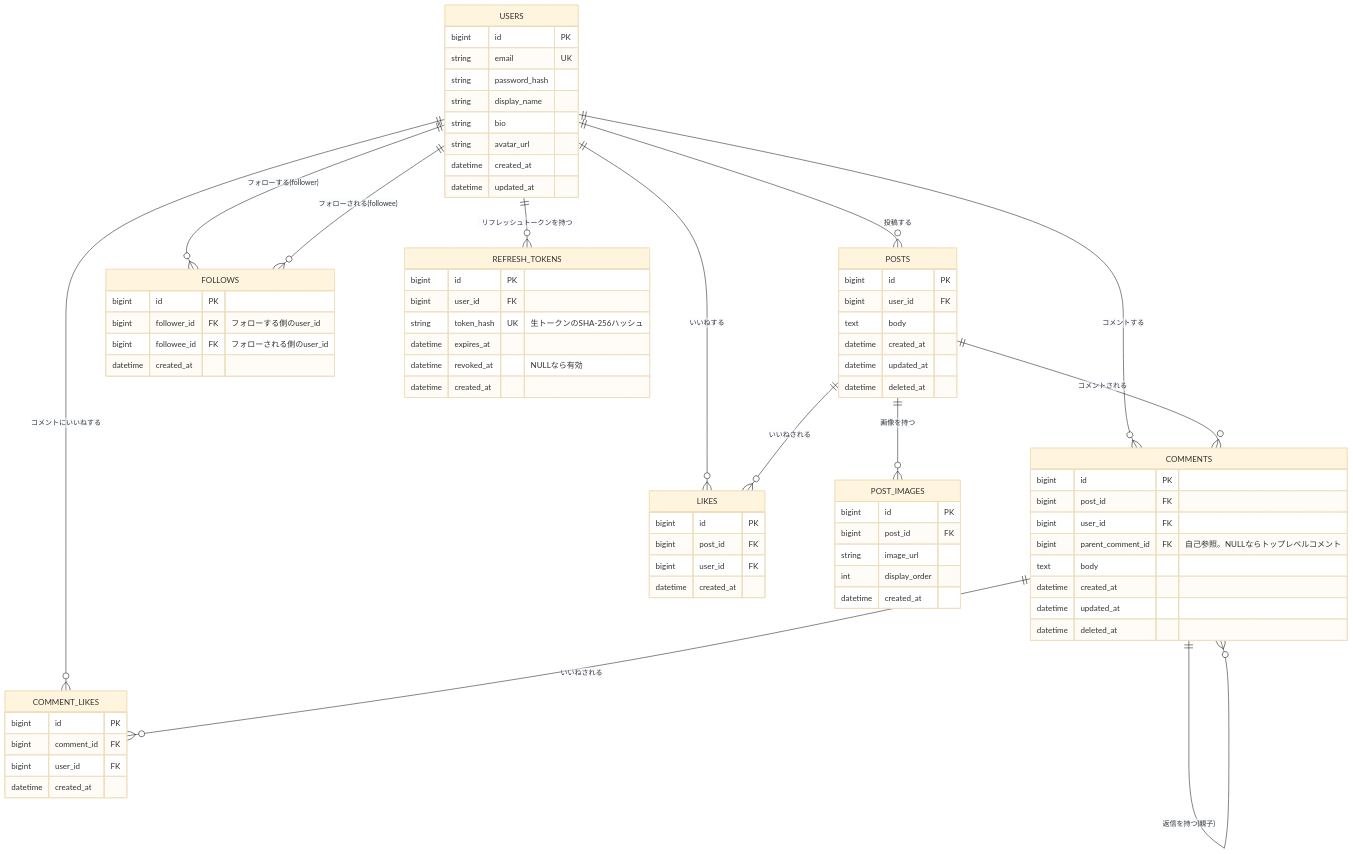
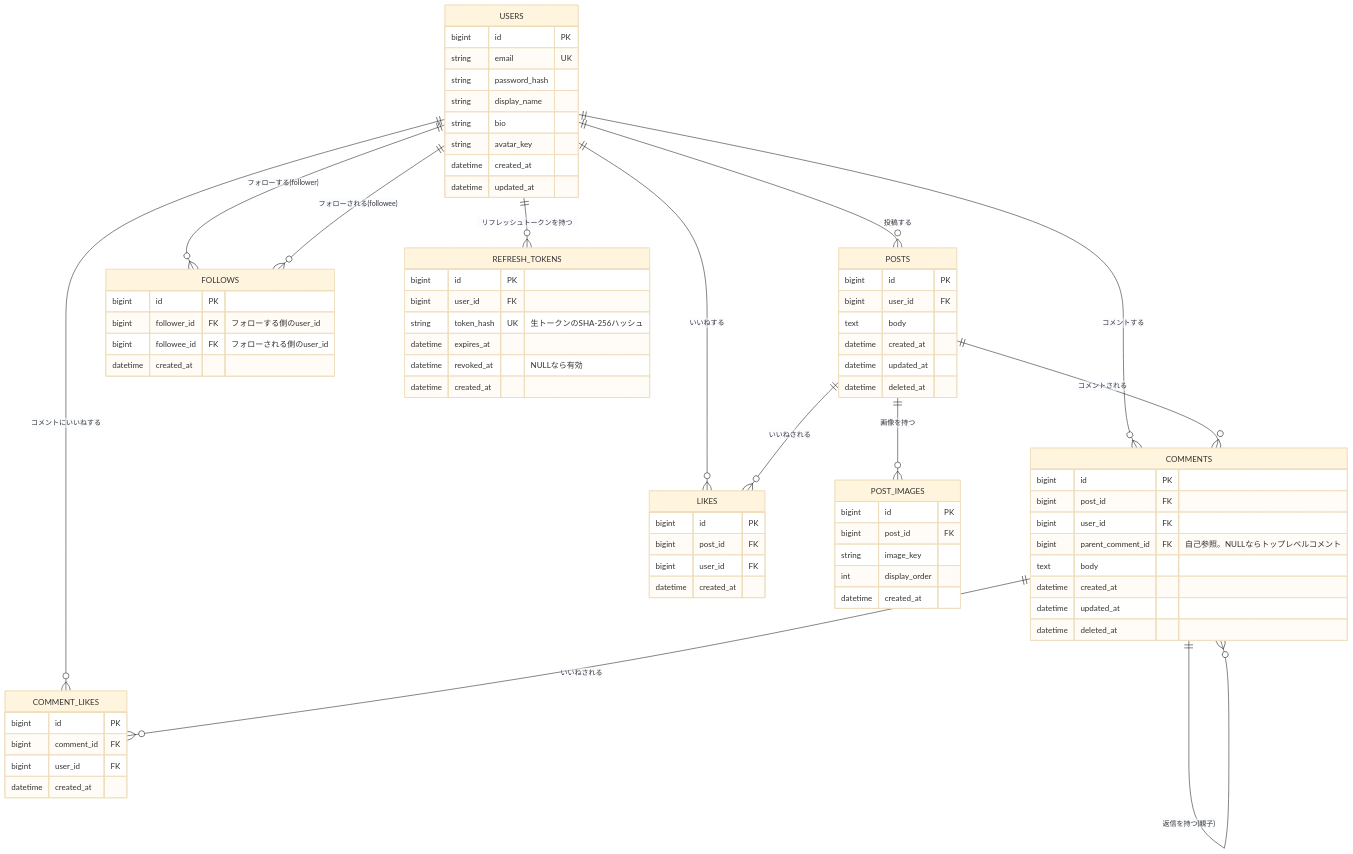
One commit to doryu0-04092/sns-application changed the diagram in docs/er-diagram.md. Above: the diagram before and after it, drawn with Mermaid (base theme). The commit also changed other lines of this file and 68 other files, not shown here.

```diff
--- a/docs/er-diagram.md
+++ b/docs/er-diagram.md
@@ -21,7 +21,7 @@
         string password_hash
         string display_name
         string bio
-        string avatar_url
+        string avatar_key
         datetime created_at
         datetime updated_at
     }
@@ -38,7 +38,7 @@
     POST_IMAGES {
         bigint id PK
         bigint post_id FK
-        string image_url
+        string image_key
         int display_order
         datetime created_at
     }
```
